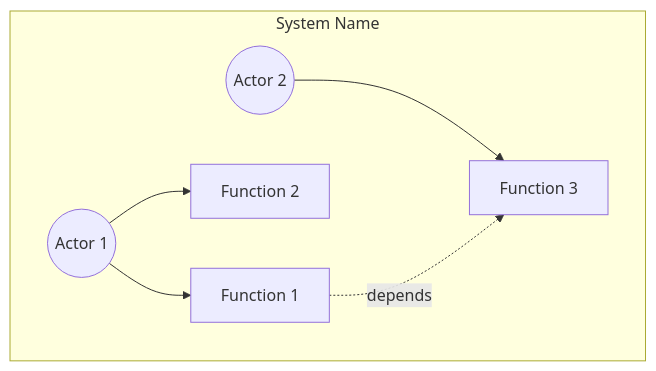
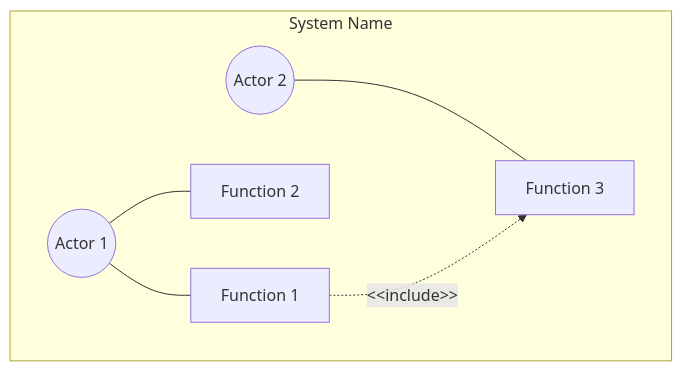
The first of 4 diagrams in plugins/sdd-workflow/skills/generate-prd/templates/en/prd_template.md (ToshikiImagawa/ai-sdd-workflow), drawn with Mermaid before and after one commit. The commit also changed other lines of this file and 48 other files, not shown here.

First line of the commit message:
v3.0.1: Mermaid記法のUML標準準拠とsdd-init設定管理機能の追加 (#35)

````diff
--- a/plugins/sdd-workflow/skills/generate-prd/templates/en/prd_template.md
+++ b/plugins/sdd-workflow/skills/generate-prd/templates/en/prd_template.md
@@ -68,15 +68,15 @@
 ```mermaid
 graph TB
     subgraph "System Name"
         Actor1((Actor 1))
         Actor2((Actor 2))
         Func1[Function 1]
         Func2[Function 2]
         Func3[Function 3]
     end
 
-    Actor1 --> Func1
-    Actor1 --> Func2
-    Actor2 --> Func3
-    Func1 -. depends .-> Func3
+    Actor1 --- Func1
+    Actor1 --- Func2
+    Actor2 --- Func3
+    Func1 -.->|"&lt;&lt;include&gt;&gt;"| Func3
 ```
````
